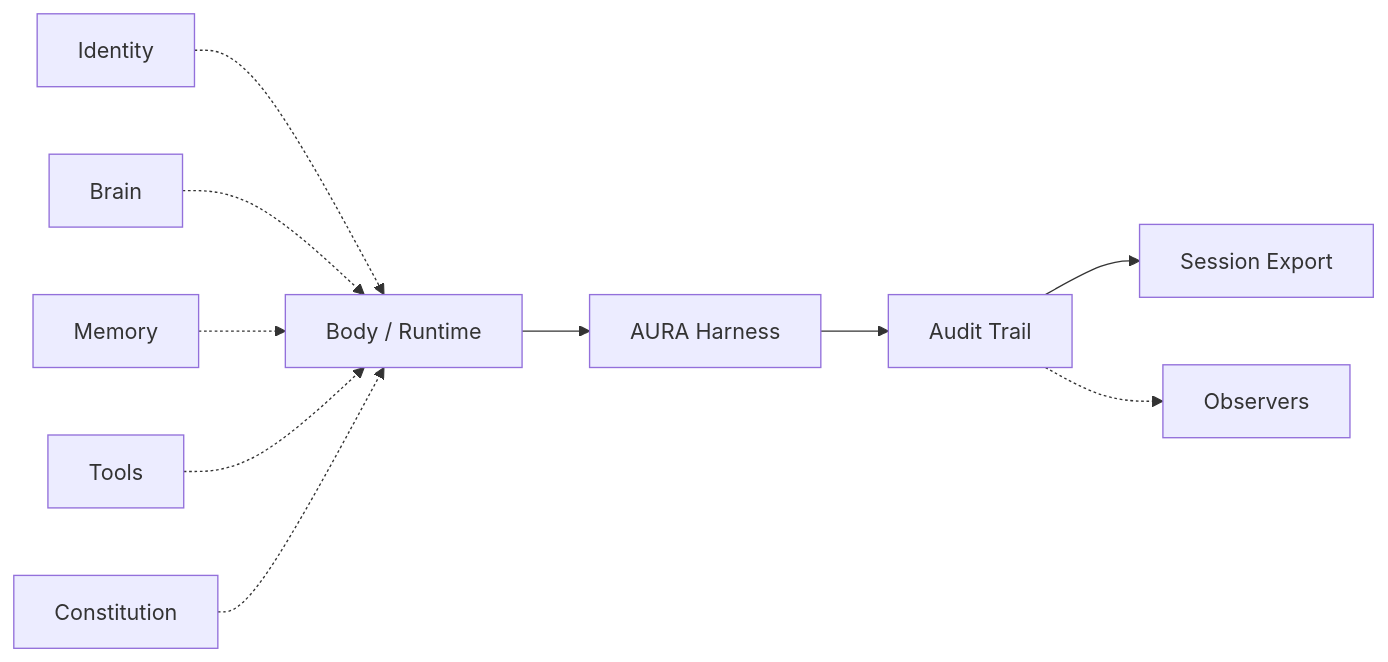
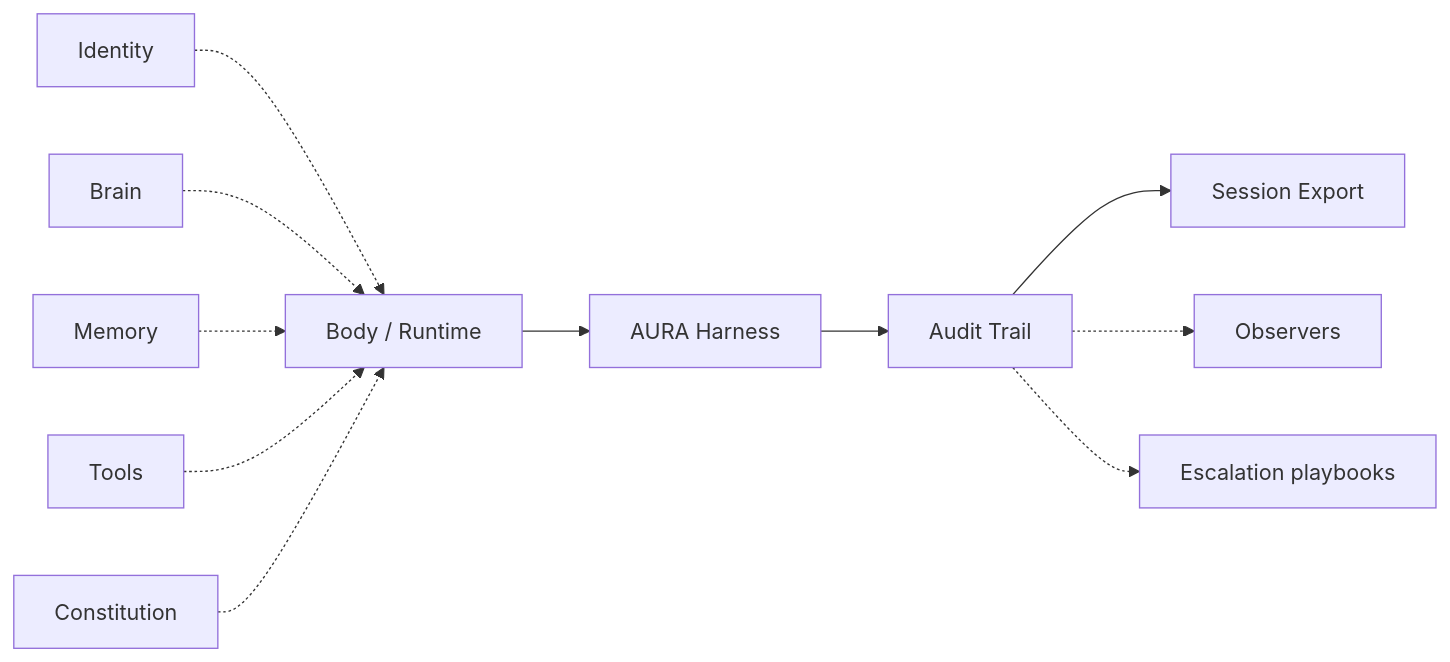
The second of 2 diagrams in README.md (ARPAHLS/aura), drawn with Mermaid before and after one commit. The commit also changed other lines of this file, not shown here.

Commit message:
chore: refresh README architecture, CLI table, and doc links

````diff
--- a/README.md
+++ b/README.md
@@ -62,13 +62,14 @@
 ```mermaid
 flowchart LR
     ID["Identity"] -.-> BODY["Body / Runtime"]
     BRAIN["Brain"] -.-> BODY
     MEM["Memory"] -.-> BODY
     TOOLS["Tools"] -.-> BODY
     CONST["Constitution"] -.-> BODY
 
     BODY --> AURA["AURA Harness"]
     AURA --> TRAIL["Audit Trail"]
     TRAIL --> EXPORT["Session Export"]
     TRAIL -.-> OBS["Observers"]
+    TRAIL -.-> ESC["Escalation playbooks"]
 ```
````
